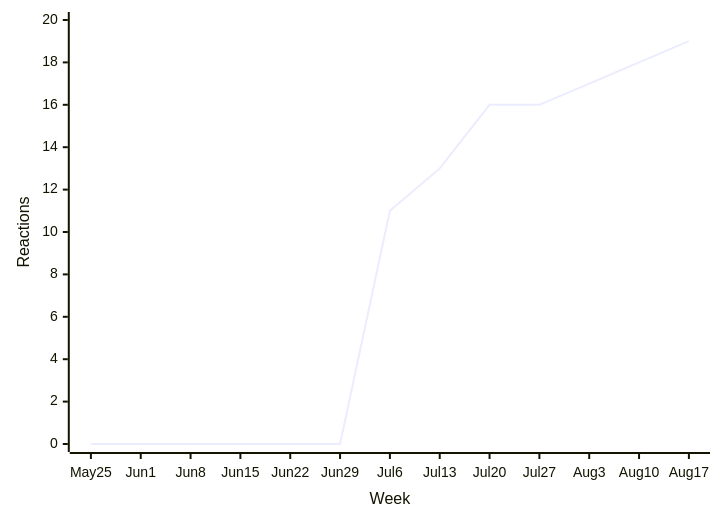
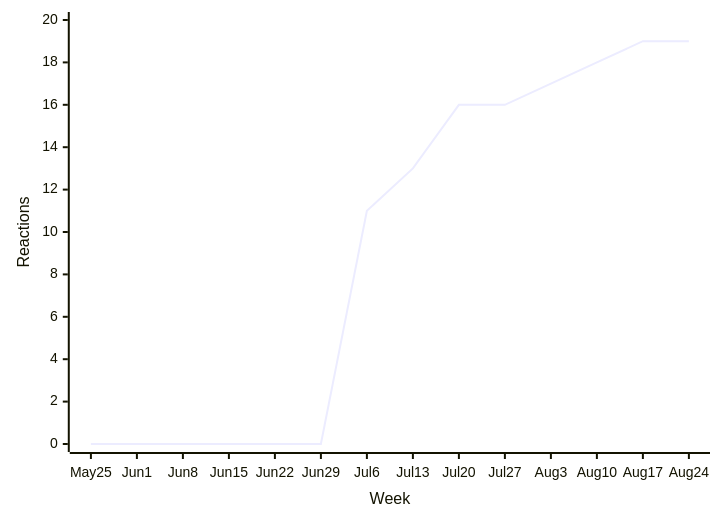
Before and after one commit to loic-sharma/github-insights: the sixth of 38 diagrams in README.md, drawn with Mermaid. The commit also changed other lines of this file and 3 other files, not shown here.

````diff
--- a/README.md
+++ b/README.md
@@ -409,6 +409,6 @@
   ```mermaid
   xychart-beta
-    x-axis "Week" [May 25, Jun 1, Jun 8, Jun 15, Jun 22, Jun 29, Jul 6, Jul 13, Jul 20, Jul 27, Aug 3, Aug 10, Aug 17]
+    x-axis "Week" [May 25, Jun 1, Jun 8, Jun 15, Jun 22, Jun 29, Jul 6, Jul 13, Jul 20, Jul 27, Aug 3, Aug 10, Aug 17, Aug 24]
     y-axis "Reactions" 0 --> 20
-    line [0, 0, 0, 0, 0, 0, 11, 13, 16, 16, 17, 18, 19]
+    line [0, 0, 0, 0, 0, 0, 11, 13, 16, 16, 17, 18, 19, 19]
   ```
````
